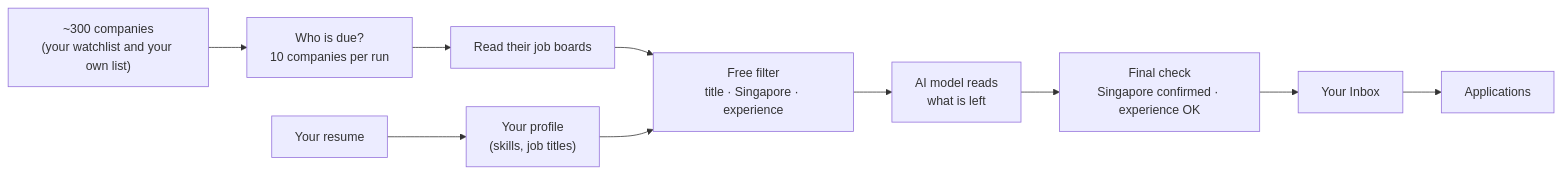
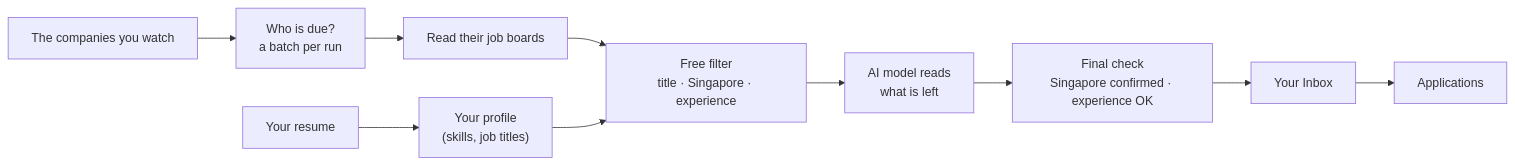
The first of 2 diagrams in docs/OVERVIEW.md (Benjamin-Fernandez/jobscraper), drawn with Mermaid before and after one commit. The commit also changed other lines of this file and 2 other files, not shown here.

````diff
--- a/docs/OVERVIEW.md
+++ b/docs/OVERVIEW.md
@@ -56,12 +58,12 @@
 ```mermaid
 flowchart LR
     A["Your resume"] --> B["Your profile<br/>(skills, job titles)"]
-    C["~300 companies<br/>(your watchlist and your own list)"] --> D["Who is due?<br/>10 companies per run"]
+    C["The companies you watch"] --> D["Who is due?<br/>a batch per run"]
     D --> E["Read their job boards"]
     E --> F["Free filter<br/>title · Singapore · experience"]
     B --> F
     F --> G["AI model reads<br/>what is left"]
     G --> H["Final check<br/>Singapore confirmed · experience OK"]
     H --> I["Your Inbox"]
     I --> J["Applications"]
 ```
````
